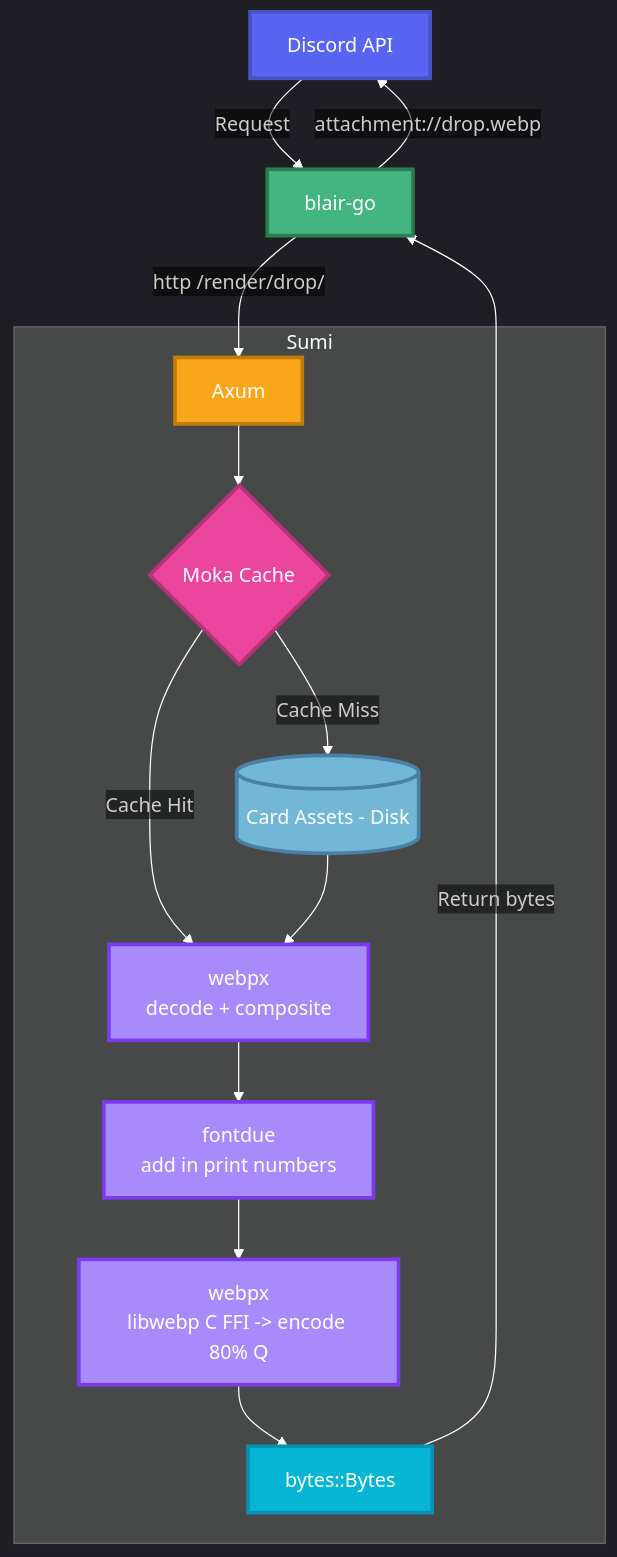
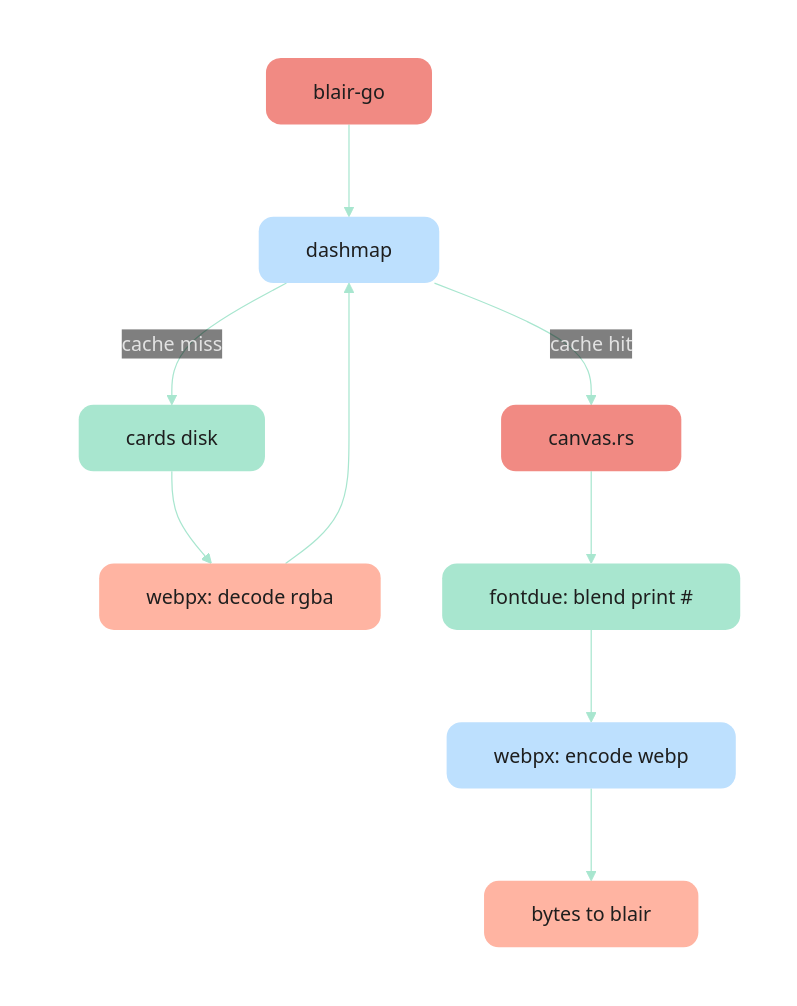
The diagram in README.md (blairtcg/sumi), drawn with Mermaid before and after one commit. The commit also changed other lines of this file, not shown here.

Commit message:
feat: v1.3.0 sumi

````diff
--- a/README.md
+++ b/README.md
@@ -51,58 +51,48 @@
 ```mermaid
 ---
 config:
-  theme: dark
+  theme: base
   themeVariables:
-    primaryColor: "#1E1E1E"
-    primaryTextColor: "#FFFFFF"
-    lineColor: "#FFFFFF"
-    tertiaryTextColor: "#FFFFFF"
+    background: "transparent"
+    clusterBkg: "transparent"
+    clusterBorder: "transparent"
+    lineColor: "#a8e6cf"
+    primaryTextColor: "#e2e2e2"
     edgeLabelBackground: "transparent"
+    fontFamily: "ui-sans-serif, system-ui, sans-serif"
   padding: 30
+  flowchart:
+    curve: basis
 ---
-graph TD
-    DiscordAPI[Discord API]
-    BlairGo[blair-go]
-    Sumi[Axum]
-    MokaCache{Moka Cache}
-    CardAssets[(Card Assets - Disk)]
-    ImageCrate[webpx<br/>decode + composite]
-    Fontdue[fontdue<br/>add in print numbers]
-    Webpx[webpx<br/>libwebp C FFI -> encode 80% Q]
-    BytesOutput[bytes::Bytes]
-
-    DiscordAPI -->|Request| BlairGo
-    BlairGo -->|http /render/drop/| Sumi
-
-    subgraph SumiRenderer["Sumi"]
-        Sumi --> MokaCache
-        MokaCache -->|Cache Miss| CardAssets
-        MokaCache -->|Cache Hit| ImageCrate
-        CardAssets --> ImageCrate
-        ImageCrate --> Fontdue
-        Fontdue --> Webpx
-        Webpx --> BytesOutput
+flowchart TD
+    subgraph sumi[" "]
+        direction TB
+        server["&nbsp;&nbsp;blair-go&nbsp;&nbsp;"]
+        cache["&nbsp;&nbsp;dashmap&nbsp;&nbsp;"]
+        disk["&nbsp;&nbsp;cards disk&nbsp;&nbsp;"]
+        decode["&nbsp;&nbsp;webpx: decode rgba&nbsp;&nbsp;"]
+        canvas["&nbsp;&nbsp;canvas.rs&nbsp;&nbsp;"]
+        fontdue["&nbsp;&nbsp;fontdue: blend print #&nbsp;&nbsp;"]
+        encode["&nbsp;&nbsp;webpx: encode webp&nbsp;&nbsp;"]
+        output["&nbsp;&nbsp;bytes to blair&nbsp;&nbsp;"]
     end
 
-    BytesOutput -->|Return bytes| BlairGo
-    BlairGo -->|attachment://drop.webp| DiscordAPI
+    server --> cache
+    cache -- cache miss --> disk
+    disk --> decode
+    decode --> cache
+    cache -- cache hit --> canvas
+    canvas --> fontdue
+    fontdue --> encode
+    encode --> output
 
-    classDef discord fill:#5865F2,stroke:#4752C4,color:#fff,stroke-width:3px
-    classDef bot fill:#43B581,stroke:#2A7F4E,color:#fff,stroke-width:3px
-    classDef service fill:#FAA61A,stroke:#C17D0A,color:#fff,stroke-width:3px
-    classDef cache fill:#EB459E,stroke:#B83279,color:#fff,stroke-width:3px
-    classDef decision fill:#EB459E,stroke:#B83279,color:#fff,stroke-width:3px
-    classDef storage fill:#72B7D6,stroke:#4A7FA7,color:#fff,stroke-width:3px
-    classDef processing fill:#A78BFA,stroke:#7C3AED,color:#fff,stroke-width:3px
-    classDef output fill:#06B6D4,stroke:#0891B2,color:#fff,stroke-width:3px
+    classDef base fill:#a8e6cf,stroke:none,color:#1e1e1e,rx:12,ry:12
+    classDef peach fill:#ffb4a2,stroke:none,color:#1e1e1e,rx:12,ry:12
+    classDef coral fill:#f18a83,stroke:none,color:#1e1e1e,rx:12,ry:12
+    classDef blue fill:#bde0fe,stroke:none,color:#1e1e1e,rx:12,ry:12
 
-    class DiscordAPI discord
-    class BlairGo bot
-    class Sumi service
-    class MokaCache decision
-    class CardAssets storage
-    class ImageCrate processing
-    class Fontdue processing
-    class Webpx processing
-    class BytesOutput output
- ``` 
+    class disk,fontdue base
+    class decode,output peach
+    class server,canvas coral
+    class cache,encode blue
+```
````
